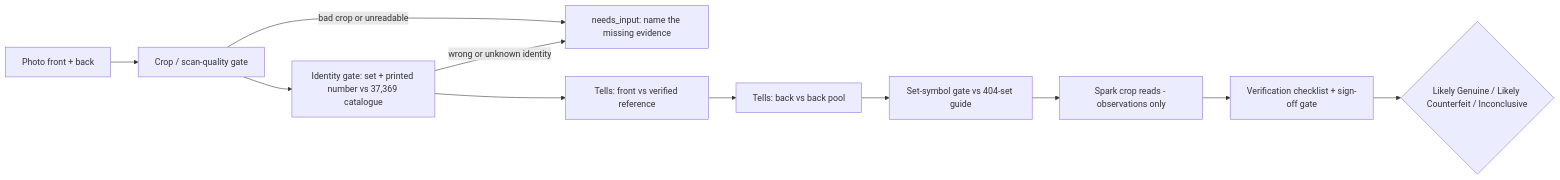
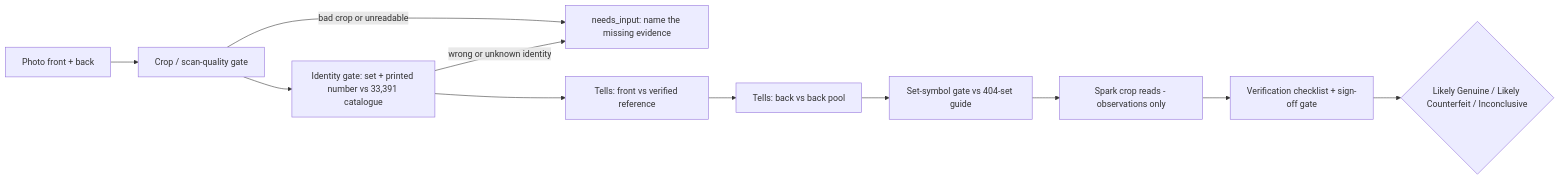
One commit to caudillsabastian6-png/Fake-check changed the diagram in README.md. Above: the diagram before and after it, drawn with Mermaid. The commit also changed other lines of this file and 1 other file, not shown here.

Commit message:
README: identity catalogue count corrected to 33,391 (EN 20,610/176 sets, JA 12,781/116 sets) + requirements.txt staleness fix; add Muse Wonder holds record (71/71 owner-verified)

````diff
--- a/README.md
+++ b/README.md
@@ -48,13 +48,13 @@
 ```mermaid
 flowchart LR
     A[Photo front + back] --> B[Crop / scan-quality gate]
     B -->|bad crop or unreadable| X[needs_input: name the missing evidence]
-    B --> C[Identity gate: set + printed number vs 37,369 catalogue]
+    B --> C[Identity gate: set + printed number vs 33,391 catalogue]
     C -->|wrong or unknown identity| X
     C --> D[Tells: front vs verified reference]
     D --> E[Tells: back vs back pool]
     E --> F[Set-symbol gate vs 404-set guide]
     F --> G[Spark crop reads - observations only]
     G --> H[Verification checklist + sign-off gate]
     H --> I{Likely Genuine / Likely Counterfeit / Inconclusive}
 ```
````
